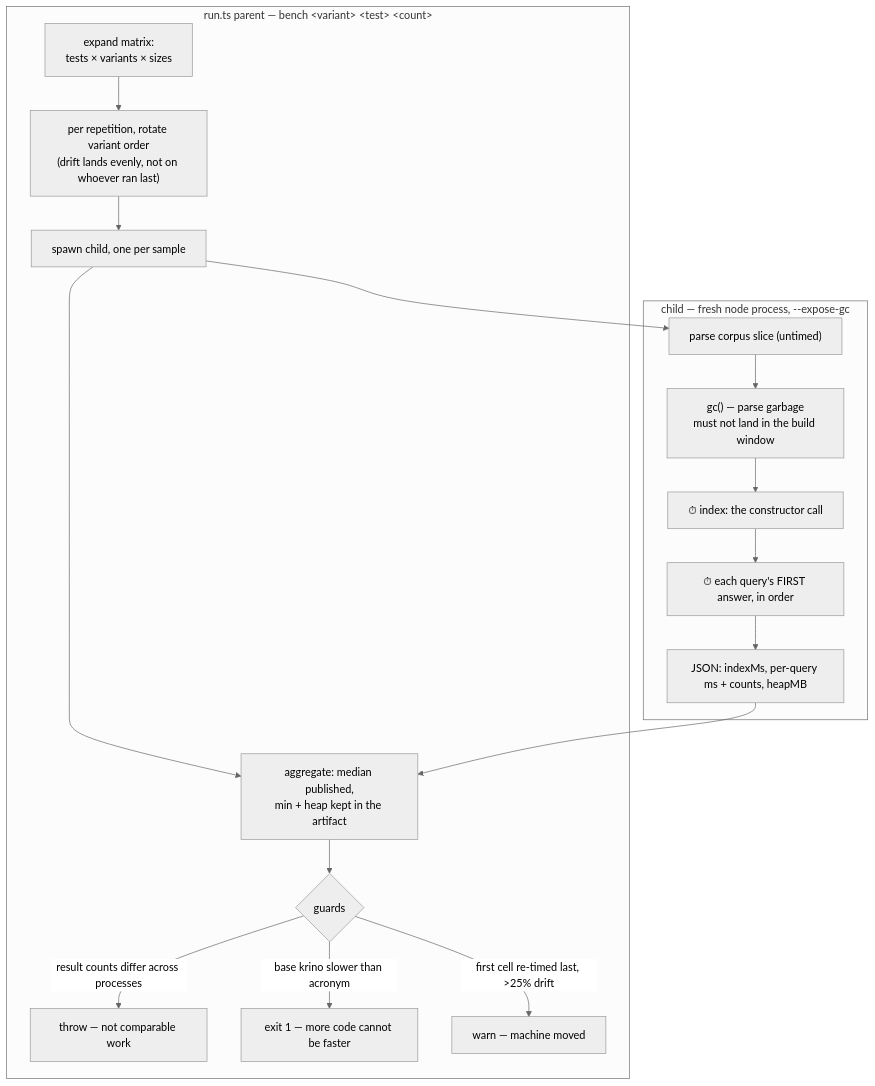
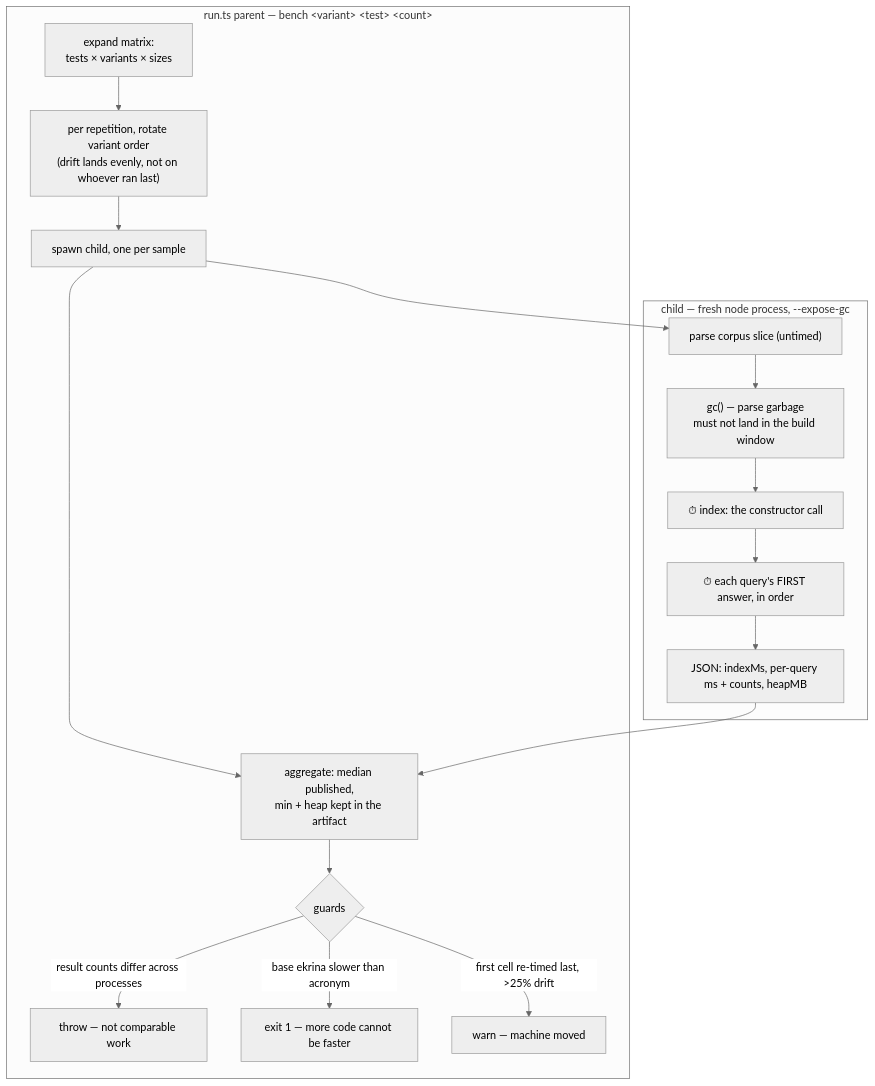
The second of 4 diagrams in docs/benchmarking.md (MMMikeM/krino), drawn with Mermaid (neutral theme) before and after one commit. The commit also changed other lines of this file and 32 other files, not shown here.

````diff
--- a/docs/benchmarking.md
+++ b/docs/benchmarking.md
@@ -28,22 +28,22 @@
 ```mermaid
 flowchart TD
     subgraph parent ["run.ts parent — bench &lt;variant&gt; &lt;test&gt; &lt;count&gt;"]
         MATRIX["expand matrix:<br/>tests × variants × sizes"] --> ROT["per repetition, rotate variant order<br/>(drift lands evenly, not on whoever ran last)"]
         ROT --> SPAWN["spawn child, one per sample"]
         SPAWN --> AGG["aggregate: median published,<br/>min + heap kept in the artifact"]
         AGG --> GUARDS{"guards"}
         GUARDS -->|"result counts differ across processes"| DIE1["throw — not comparable work"]
-        GUARDS -->|"base krino slower than acronym"| DIE2["exit 1 — more code cannot be faster"]
+        GUARDS -->|"base ekrina slower than acronym"| DIE2["exit 1 — more code cannot be faster"]
         GUARDS -->|"first cell re-timed last, >25% drift"| WARN["warn — machine moved"]
     end
 
     subgraph child ["child — fresh node process, --expose-gc"]
         PARSE["parse corpus slice (untimed)"] --> GC["gc() — parse garbage<br/>must not land in the build window"]
         GC --> IDX["⏱ index: the constructor call"]
         IDX --> Q["⏱ each query's FIRST answer, in order"]
         Q --> OUT["JSON: indexMs, per-query ms + counts, heapMB"]
     end
 
     SPAWN --> PARSE
     OUT --> AGG
 ```
````
